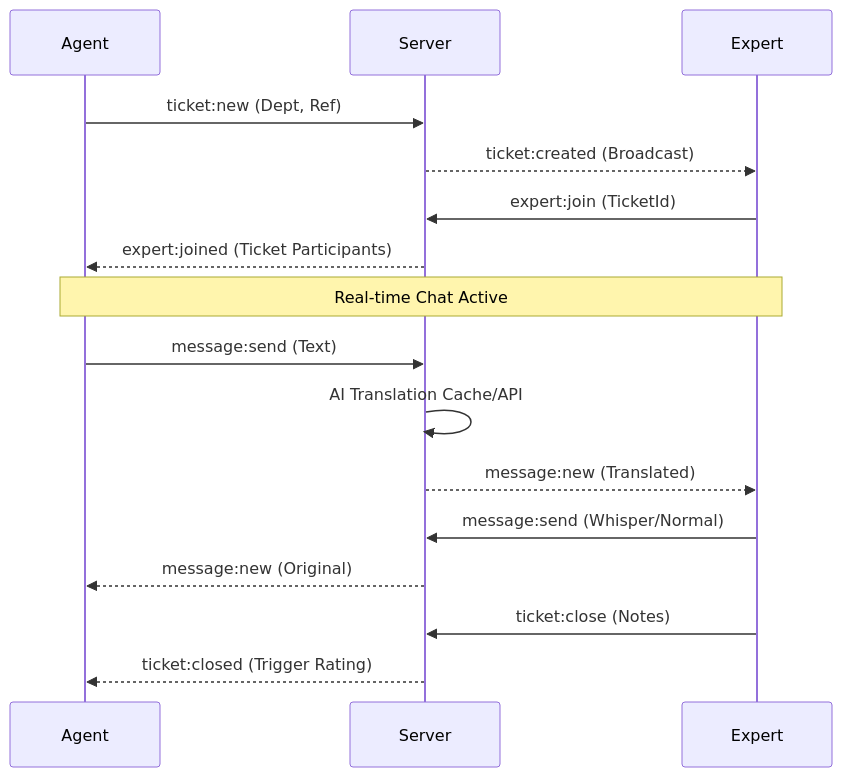
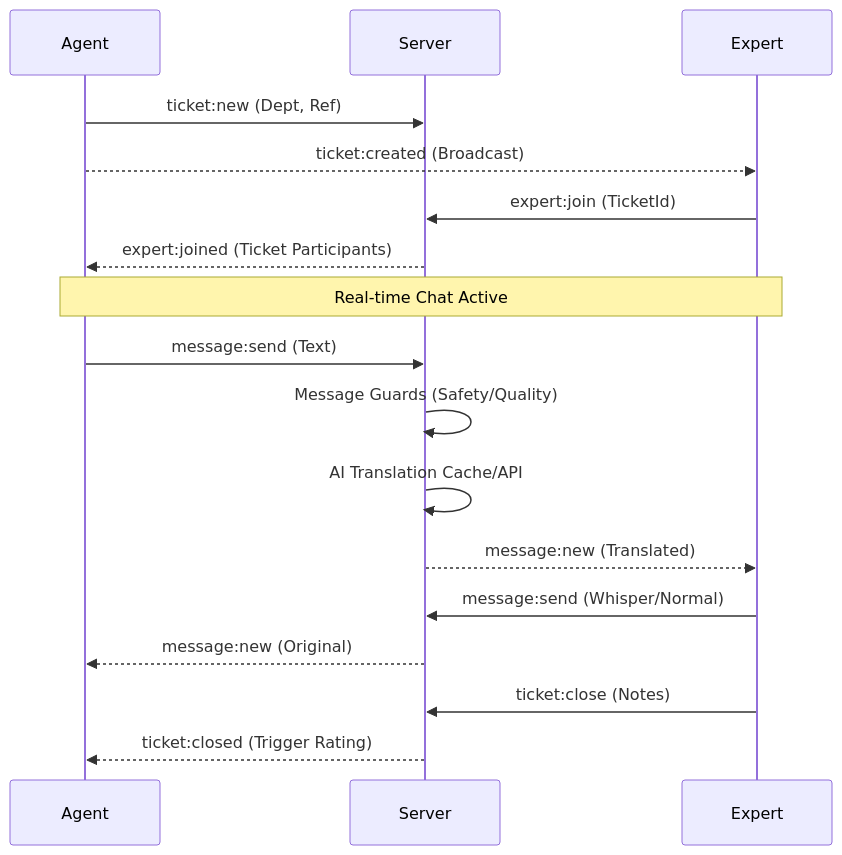
The second of 2 diagrams in ARCHITECTURE.md (Nathanhael/guichet), drawn with Mermaid before and after one commit. The commit also changed other lines of this file and 19 other files, not shown here.

````diff
--- a/ARCHITECTURE.md
+++ b/ARCHITECTURE.md
@@ -33,19 +34,20 @@
 ```mermaid
 sequenceDiagram
     participant A as Agent
     participant S as Server
     participant E as Expert
 
     A->>S: ticket:new (Dept, Ref)
-    S-->>E: ticket:created (Broadcast)
+    A-->>E: ticket:created (Broadcast)
     E->>S: expert:join (TicketId)
     S-->>A: expert:joined (Ticket Participants)
     Note over A,E: Real-time Chat Active
     A->>S: message:send (Text)
+    S->>S: Message Guards (Safety/Quality)
     S->>S: AI Translation Cache/API
     S-->>E: message:new (Translated)
     E->>S: message:send (Whisper/Normal)
     S-->>A: message:new (Original)
     E->>S: ticket:close (Notes)
     S-->>A: ticket:closed (Trigger Rating)
 ```
````
